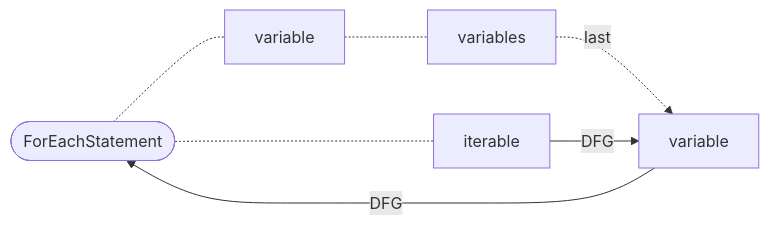
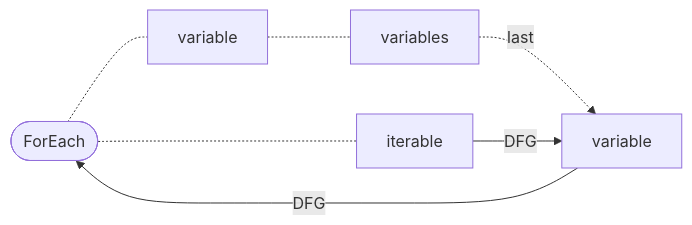
Before and after one commit to Fraunhofer-AISEC/cpg: diagram 30 of 40 in docs/docs/CPG/specs/dfg.md, drawn with Mermaid. The commit also changed other lines of this file and 99 other files, not shown here.

First line of the commit message:
Remove `Statement` suffix from expression node classes (#2604)

````diff
--- a/docs/docs/CPG/specs/dfg.md
+++ b/docs/docs/CPG/specs/dfg.md
@@ -592,9 +592,9 @@
 ```mermaid
   flowchart LR
-    node([ForEachStatement]) -.- statement[variable]
+    node([ForEach]) -.- statement[variable]
     node -.- iterable[iterable]
     statement -.- localVars[variables]
     localVars -. "last" .-> variable
     iterable -- DFG --> variable
     variable -- DFG --> node
 ```
````
